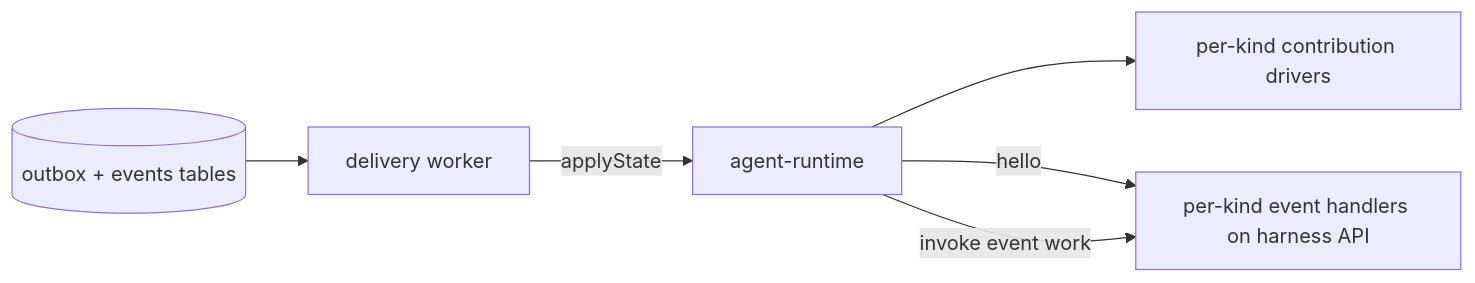
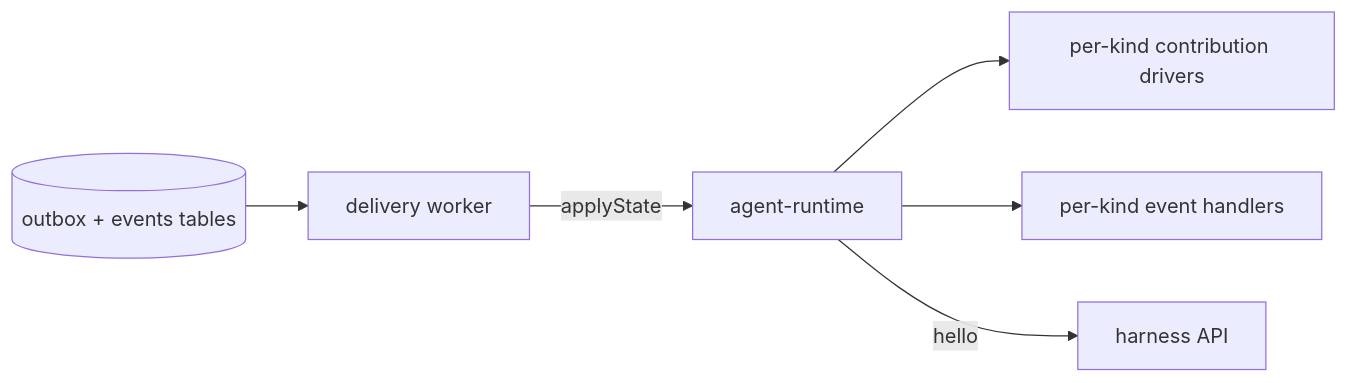
One commit to subbyte/dam changed the second of 6 diagrams in docs/architecture/connections.md. Above: the diagram before and after it, drawn with Mermaid. The commit also changed other lines of this file and 6 other files, not shown here.

First line of the commit message:
docs(architecture): fix drift from full-codebase audit (#917)

````diff
--- a/docs/architecture/connections.md
+++ b/docs/architecture/connections.md
@@ -35,14 +35,15 @@
 ```mermaid
 flowchart LR
   outbox[(outbox + events tables)]
   worker[delivery worker]
   rt[agent-runtime]
   drivers[per-kind contribution drivers]
-  handlers[per-kind event handlers on harness API]
+  handlers[per-kind event handlers]
+  api[harness API]
 
   outbox --> worker
   worker -->|applyState| rt
   rt --> drivers
-  rt -->|hello| handlers
-  rt -->|invoke event work| handlers
+  rt --> handlers
+  rt -->|hello| api
 ```
````
